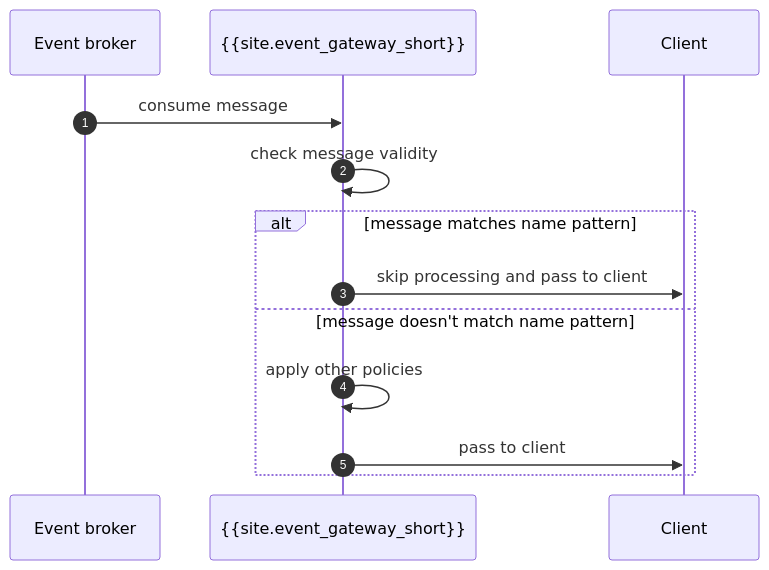
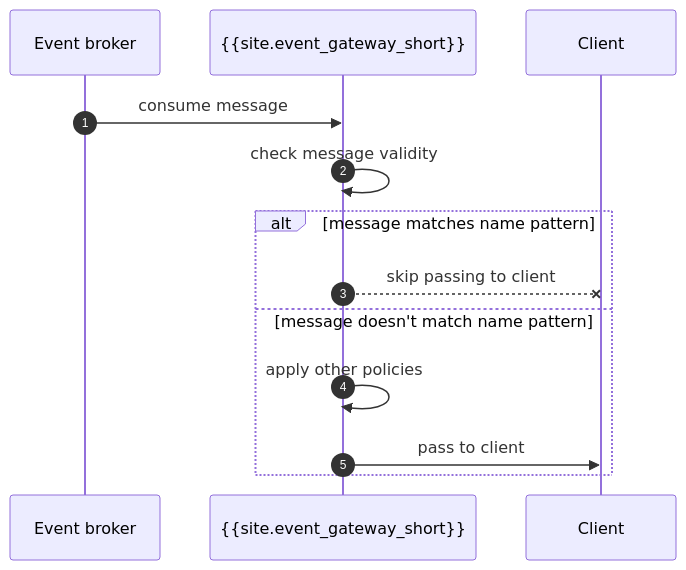
Before and after one commit to Kong/developer.konghq.com: the diagram in app/_event_gateway_policies/skip-record/index.md, drawn with Mermaid. The commit also changed other lines of this file, not shown here.

Commit message:
fix(event-gateway): skip record drops the record

```diff
--- a/app/_event_gateway_policies/skip-record/index.md
+++ b/app/_event_gateway_policies/skip-record/index.md
@@ -65,22 +65,22 @@
 {% mermaid %}
 sequenceDiagram
   autonumber
   participant broker as Event broker
   participant egw as {{site.event_gateway_short}}
   participant client as Client
 
 
   broker->>egw: consume message
   egw->>egw: check message validity
   
   alt message matches name pattern
 
-  egw->>client: skip processing and pass to client
+  egw--xclient: skip passing to client
 
   else message doesn't match name pattern
   egw ->> egw: apply other policies
   egw->>client: pass to client
 
   end
 
 {% endmermaid %}
```
